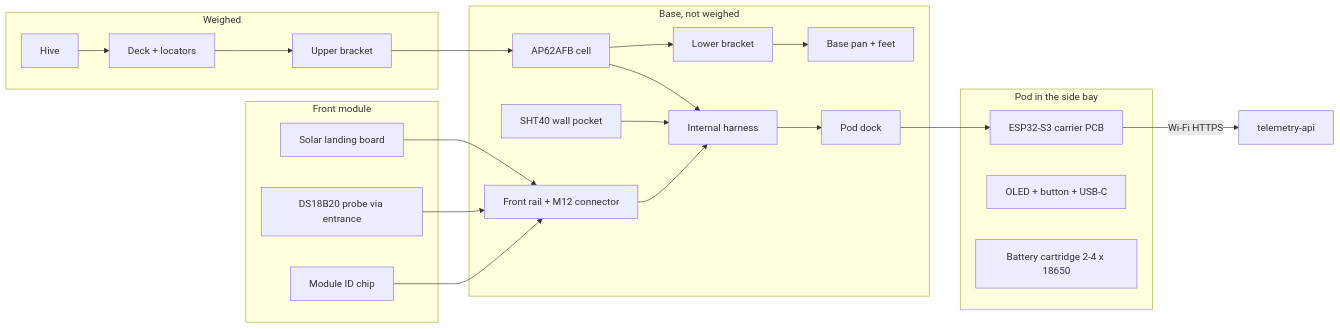
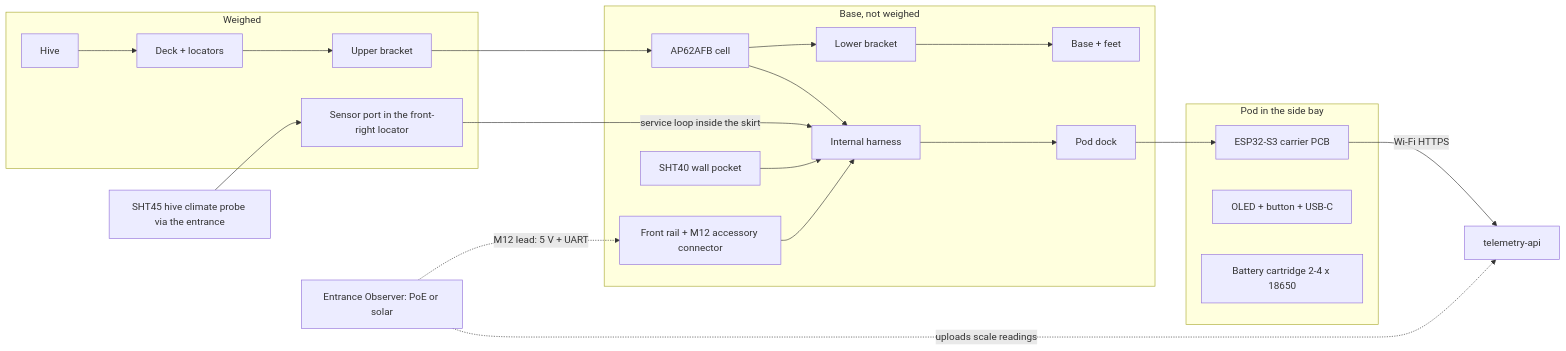
Before and after one commit to Gratheon/website2: the diagram in content/docs/beehive-sensors/product-description.md, drawn with Mermaid. The commit also changed other lines of this file and 15 other files, not shown here.

First line of the commit message:
Beehive scale: battery-only, climate probe, Entrance Observer integration

````diff
--- a/content/docs/beehive-sensors/product-description.md
+++ b/content/docs/beehive-sensors/product-description.md
@@ -39,31 +39,28 @@
 ```mermaid
 flowchart LR
     subgraph Weighed[Weighed]
         hive[Hive] --> deck[Deck + locators] --> top[Upper bracket]
+        port[Sensor port in the front-right locator]
     end
     subgraph Base[Base, not weighed]
-        cell[AP62AFB cell] --> low[Lower bracket] --> pan[Base pan + feet]
+        cell[AP62AFB cell] --> low[Lower bracket] --> pan[Base + feet]
         harness[Internal harness]
         dock[Pod dock]
-        rail[Front rail + M12 connector]
+        rail[Front rail + M12 accessory connector]
         sht[SHT40 wall pocket]
     end
     top --> cell
     subgraph Pod[Pod in the side bay]
         pcb[ESP32-S3 carrier PCB]
         face[OLED + button + USB-C]
         cart[Battery cartridge 2-4 x 18650]
     end
-    subgraph Front[Front module]
-        board[Solar landing board]
-        probe[DS18B20 probe via entrance]
-        id[Module ID chip]
-    end
+    probe[SHT45 hive climate probe via the entrance] --> port
+    port -- service loop inside the skirt --> harness
     cell --> harness
     sht --> harness
     rail --> harness --> dock --> pcb
-    board --> rail
-    probe --> rail
-    id --> rail
+    eo[Entrance Observer: PoE or solar] -. M12 lead: 5 V + UART .-> rail
     pcb -- Wi-Fi HTTPS --> telemetry[telemetry-api]
+    eo -. uploads scale readings .-> telemetry
 ```
````
